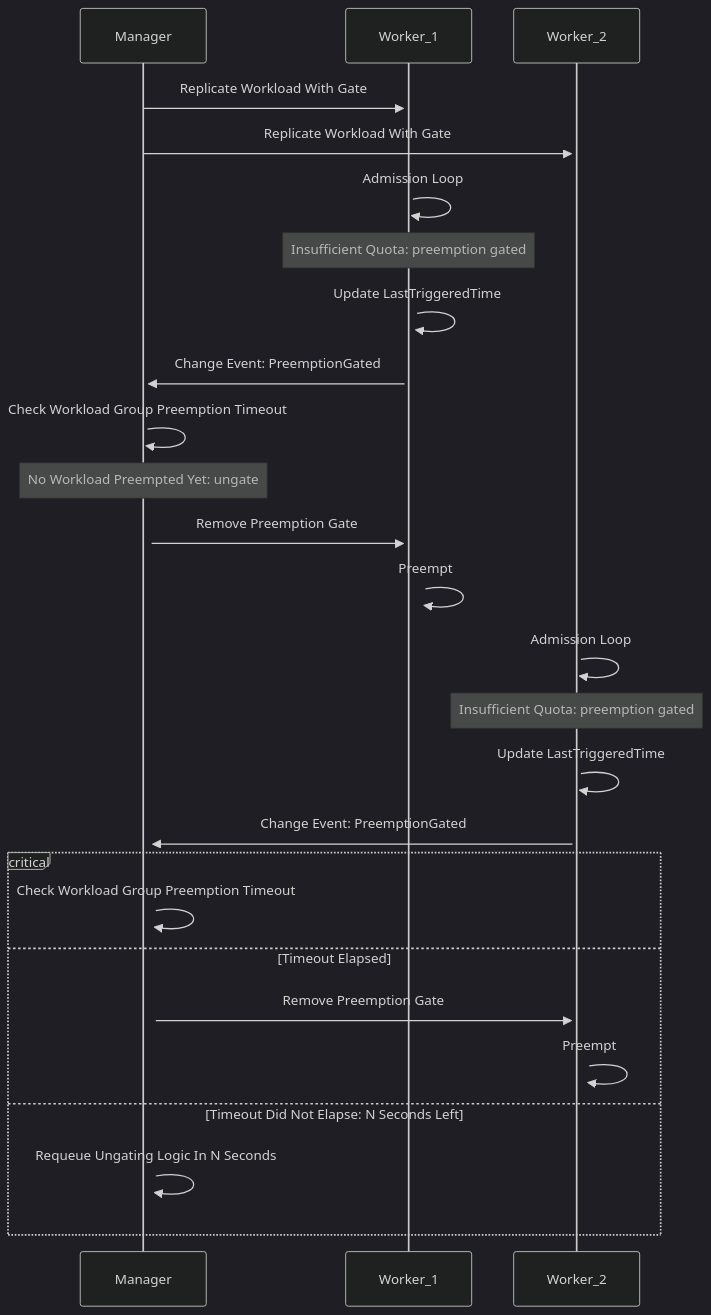
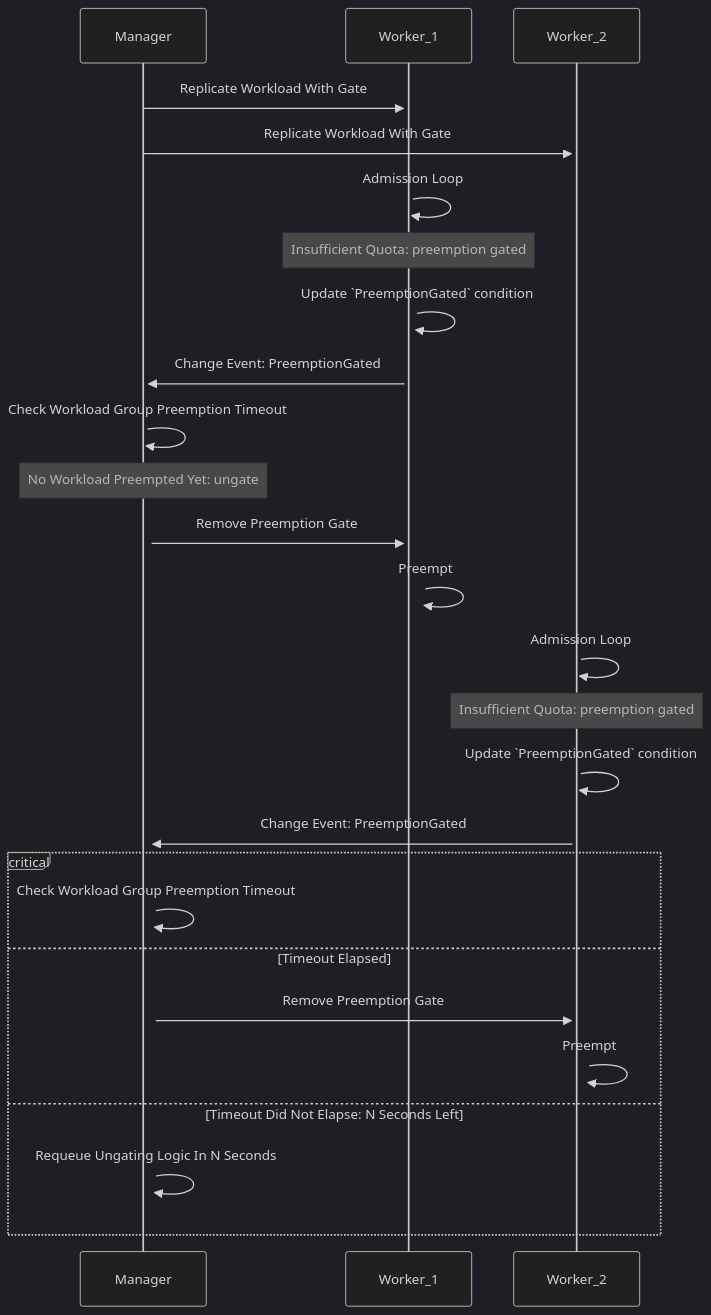
One commit to kubernetes-sigs/kueue changed the diagram in keps/8303-multikueue-orchestrated-preemption/README.md. Above: the diagram before and after it, drawn with Mermaid (dark theme). The commit also changed other lines of this file, not shown here.

Commit message:
Revert back to using a new condition for signaling

````diff
--- a/keps/8303-multikueue-orchestrated-preemption/README.md
+++ b/keps/8303-multikueue-orchestrated-preemption/README.md
@@ -86,25 +86,25 @@
 ```mermaid
 sequenceDiagram
     Manager->>+Worker_1: Replicate Workload With Gate
     Manager->>+Worker_2: Replicate Workload With Gate
     Worker_1->>+Worker_1: Admission Loop
     Note over Worker_1, Worker_1: Insufficient Quota: preemption gated
-    Worker_1->>+Worker_1: Update LastTriggeredTime
+    Worker_1->>+Worker_1: Update `PreemptionGated` condition
     Worker_1->>+Manager: Change Event: PreemptionGated
     Manager->>+Manager: Check Workload Group Preemption Timeout
     Note over Manager, Manager: No Workload Preempted Yet: ungate
     Manager->>+Worker_1: Remove Preemption Gate
     Worker_1->>+Worker_1: Preempt
     Worker_2->>Worker_2: Admission Loop
     Note over Worker_2, Worker_2: Insufficient Quota: preemption gated
-    Worker_2->>+Worker_2: Update LastTriggeredTime
+    Worker_2->>+Worker_2: Update `PreemptionGated` condition
     Worker_2->>+Manager: Change Event: PreemptionGated
     critical
         Manager->>Manager: Check Workload Group Preemption Timeout
     option Timeout Elapsed
         Manager->>+Worker_2: Remove Preemption Gate
         Worker_2->>+Worker_2: Preempt
     option Timeout Did Not Elapse: N Seconds Left
         Manager->>Manager: Requeue Ungating Logic In N Seconds
     end
 ```
````
